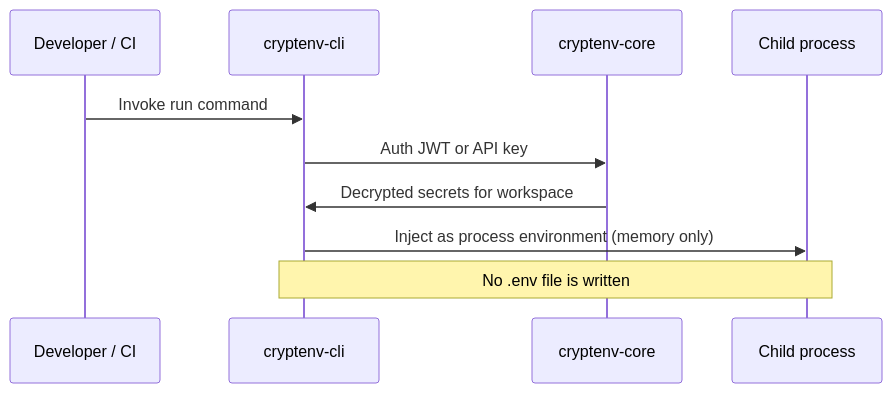
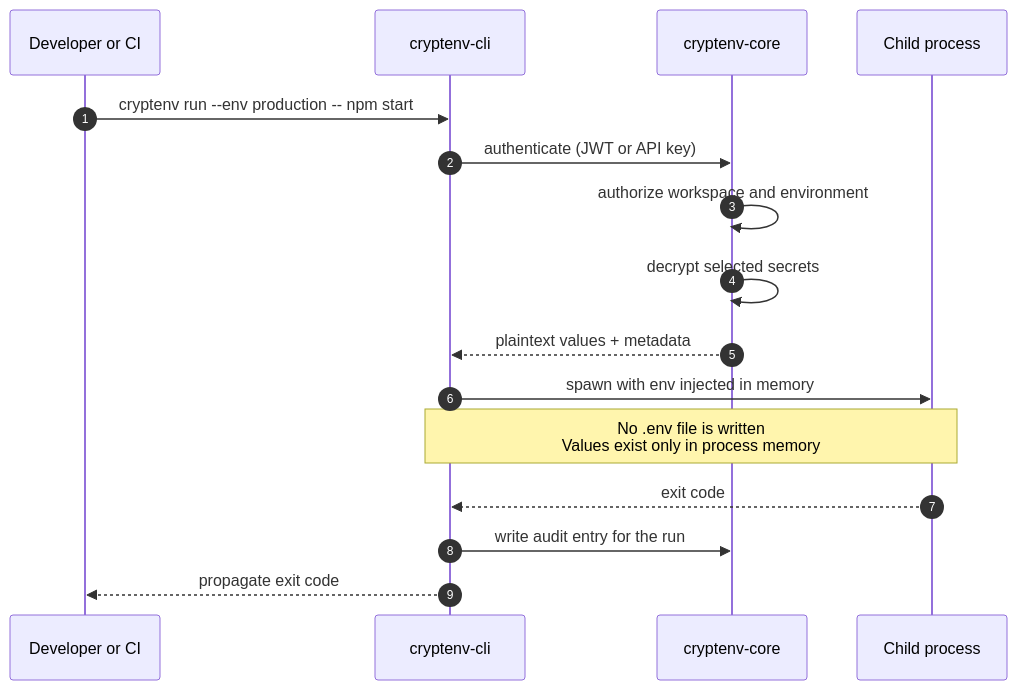
Diagram 12 of 12 in README.md (maheshshinde9100/CryptEnv), drawn with Mermaid before and after one commit. The commit also changed other lines of this file, not shown here.

Commit message:
docs: rewrite the README with architecture, data, and flow diagrams

````diff
--- a/README.md
+++ b/README.md
@@ -105,13 +537,19 @@
 ```mermaid
 sequenceDiagram
-  participant Dev as Developer / CI
+  autonumber
+  participant Dev as Developer or CI
   participant CLI as cryptenv-cli
   participant API as cryptenv-core
   participant App as Child process
 
-  Dev->>CLI: Invoke run command
-  CLI->>API: Auth JWT or API key
-  API->>CLI: Decrypted secrets for workspace
-  CLI->>App: Inject as process environment (memory only)
-  Note over CLI,App: No .env file is written
+  Dev->>CLI: cryptenv run --env production -- npm start
+  CLI->>API: authenticate (JWT or API key)
+  API->>API: authorize workspace and environment
+  API->>API: decrypt selected secrets
+  API-->>CLI: plaintext values + metadata
+  CLI->>App: spawn with env injected in memory
+  Note over CLI,App: No .env file is written<br/>Values exist only in process memory
+  App-->>CLI: exit code
+  CLI->>API: write audit entry for the run
+  CLI-->>Dev: propagate exit code
 ```
````
